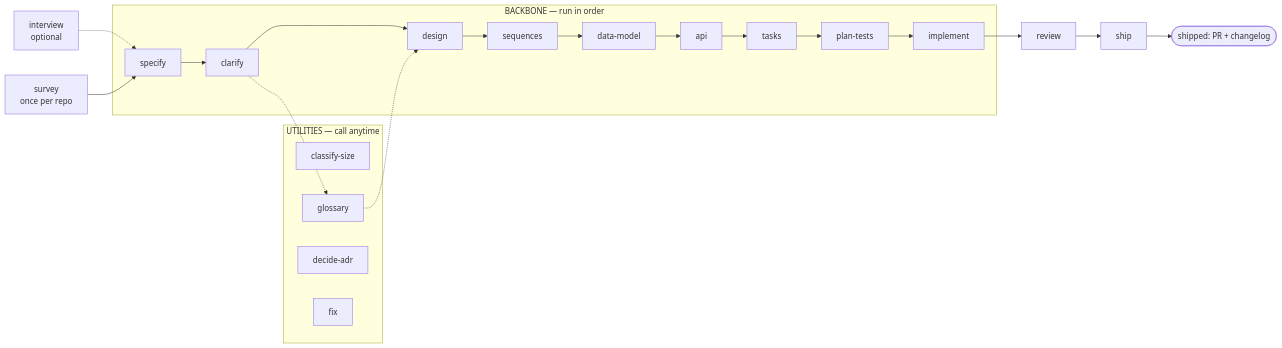
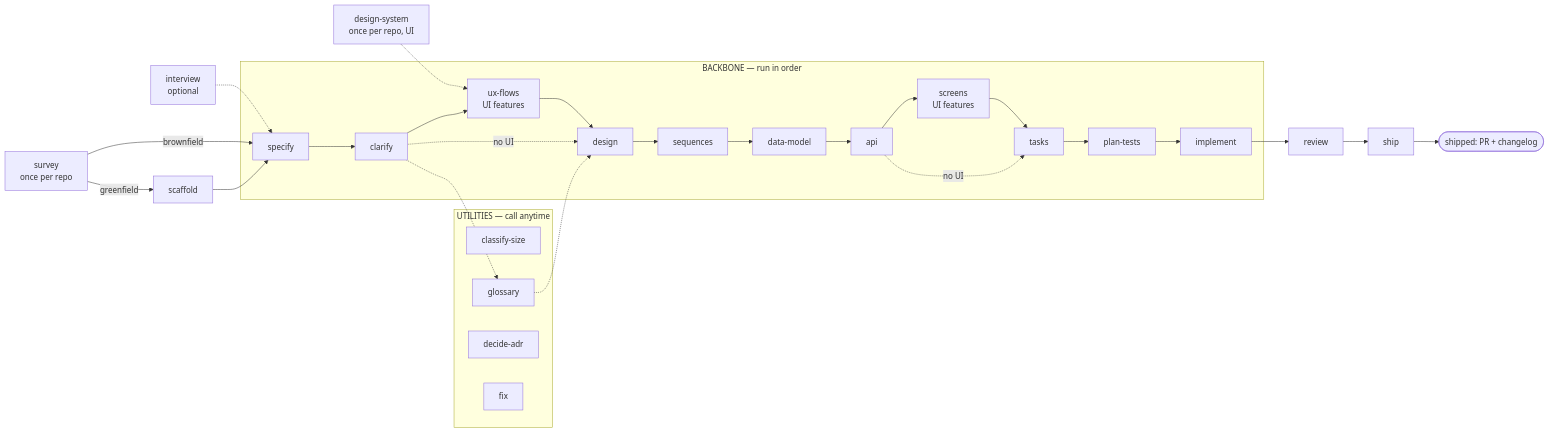
One commit to genkovich/sdd changed the diagram in README.md. Above: the diagram before and after it, drawn with Mermaid. The commit also changed other lines of this file and 108 other files, not shown here.

````diff
--- a/README.md
+++ b/README.md
@@ -134,17 +135,21 @@
 ```mermaid
 flowchart LR
     IV[interview<br/>optional] -.-> S
-    SV[survey<br/>once per repo] --> S
+    SV[survey<br/>once per repo] -->|brownfield| S
+    SV -->|greenfield| SC[scaffold] --> S
+    DS[design-system<br/>once per repo, UI] -.-> UX
     subgraph backbone["BACKBONE — run in order"]
-        S[specify] --> CL[clarify] --> D[design] --> SQ[sequences] --> DM[data-model] --> API[api] --> T[tasks] --> PT[plan-tests] --> IM[implement]
+        S[specify] --> CL[clarify] --> UX[ux-flows<br/>UI features] --> D[design] --> SQ[sequences] --> DM[data-model] --> API[api] --> SCR[screens<br/>UI features] --> T[tasks] --> PT[plan-tests] --> IM[implement]
+        CL -.->|no UI| D
+        API -.->|no UI| T
     end
     IM --> RV[review] --> SH[ship]
     subgraph util["UTILITIES — call anytime"]
         CS[classify-size]
         GL[glossary]
         ADR[decide-adr]
         FX[fix]
     end
     CL -.-> GL -.-> D
     SH --> done([shipped: PR + changelog])
 ```
````
